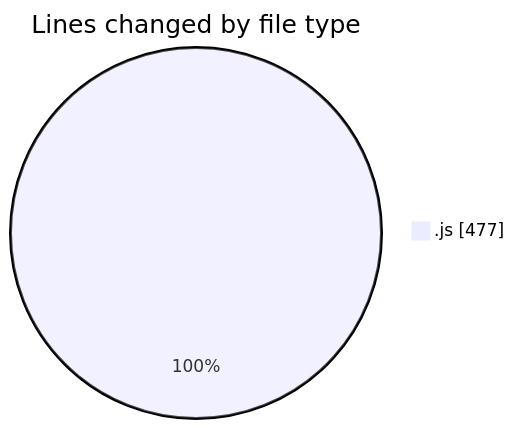
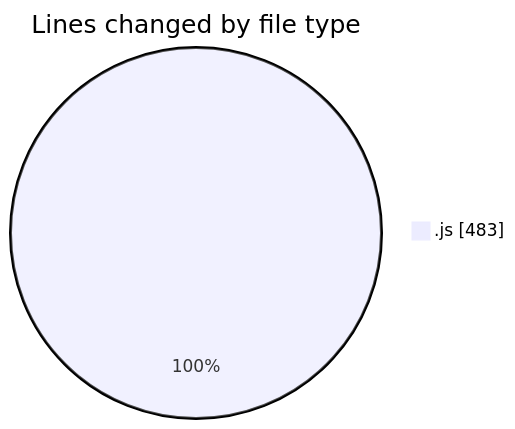
Before and after one commit to momahboobian/code-tracking: the first of 2 diagrams in 2025-02-03/cda/README.md, drawn with Mermaid. The commit also changed other lines of this file and 1 other file, not shown here.

````diff
--- a/2025-02-03/cda/README.md
+++ b/2025-02-03/cda/README.md
@@ -23,5 +23,5 @@
 ```mermaid
 pie showData
 title Lines changed by file type
-".js" : 477
+".js" : 483
 ```
````
